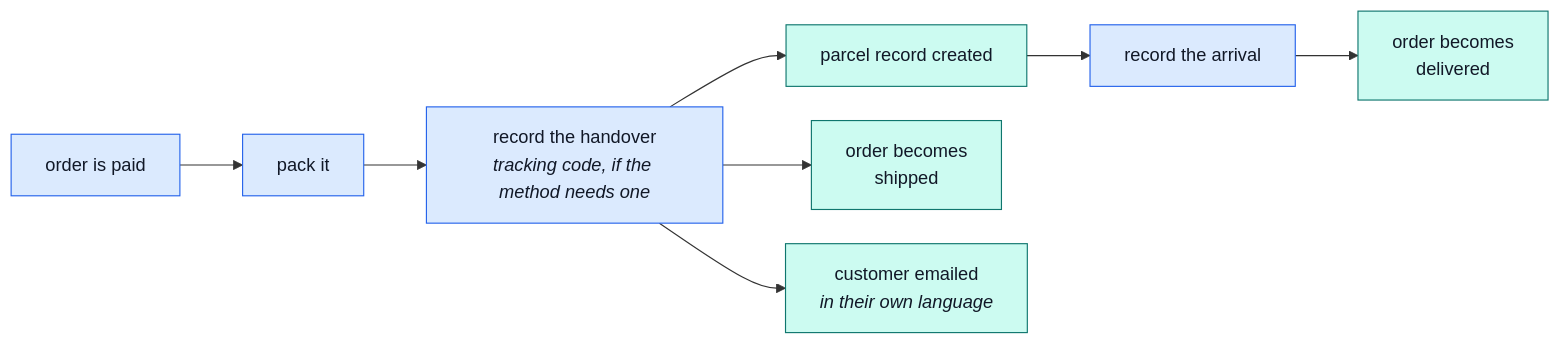
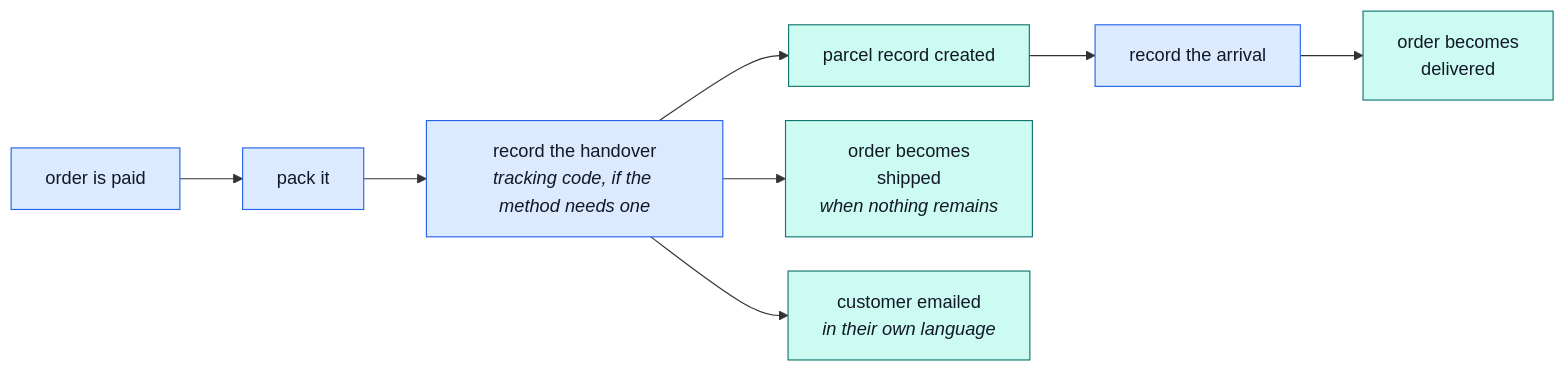
One commit to Guebbit/boilerplate-node-backend changed the third of 3 diagrams in docs/demo-ecommerce/warehouse.md. Above: the diagram before and after it, drawn with Mermaid. The commit also changed other lines of this file and 7 other files, not shown here.

````diff
--- a/docs/demo-ecommerce/warehouse.md
+++ b/docs/demo-ecommerce/warehouse.md
@@ -136,16 +139,16 @@
 ```mermaid
 %%{init: {'flowchart': {'nodeSpacing': 30, 'rankSpacing': 55}}}%%
 flowchart LR
     A["order is paid"] --> B["pack it"]
     B --> C["record the handover<br/><i>tracking code, if the method needs one</i>"]
     C --> D["parcel record created"]
-    C --> E["order becomes<br/>shipped"]
+    C --> E["order becomes<br/>shipped<br/><i>when nothing remains</i>"]
     C --> F["customer emailed<br/><i>in their own language</i>"]
     D --> G["record the arrival"]
     G --> H["order becomes<br/>delivered"]
 
     classDef act fill:#dbeafe,stroke:#2563eb,color:#111827;
     classDef auto fill:#ccfbf1,stroke:#0f766e,color:#111827;
     class A,B,C,G act;
     class D,E,F,H auto;
 ```
````
